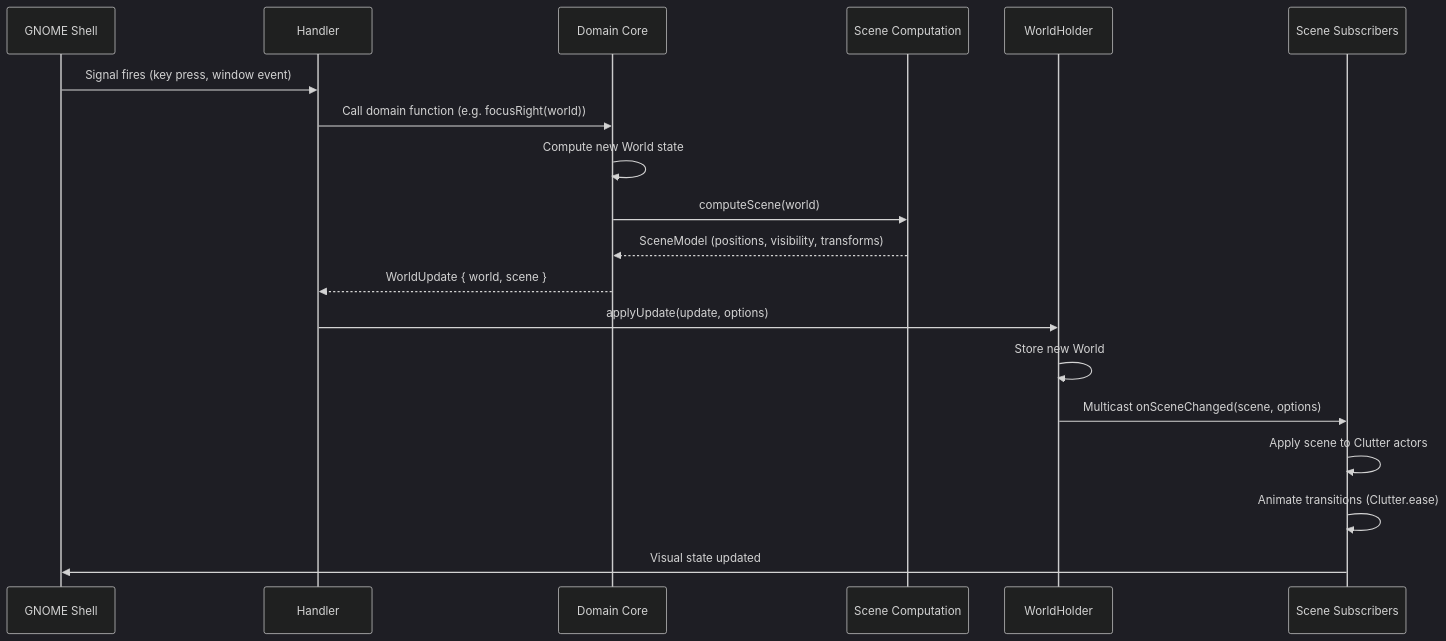
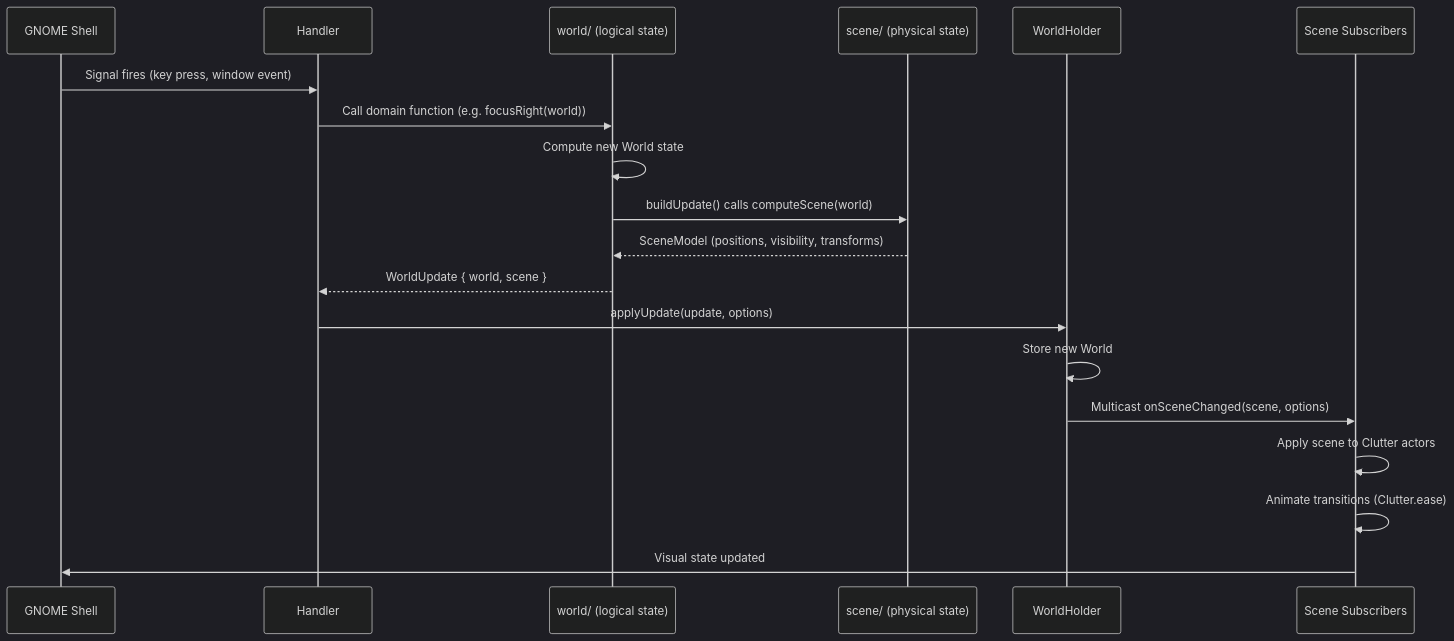
Before and after one commit to notiriel/kestrel: the second of 10 diagrams in docs/architecture.md, drawn with Mermaid (dark theme). The commit also changed other lines of this file and 92 other files, not shown here.

First line of the commit message:
Restructure domain into world/ and scene/ subdirectories

````diff
--- a/docs/architecture.md
+++ b/docs/architecture.md
@@ -244,22 +244,22 @@
 ```mermaid
 sequenceDiagram
     participant GNOME as GNOME Shell
     participant Handler as Handler
-    participant Domain as Domain Core
-    participant Scene as Scene Computation
+    participant World as world/ (logical state)
+    participant Scene as scene/ (physical state)
     participant WH as WorldHolder
     participant Subs as Scene Subscribers
 
     GNOME->>Handler: Signal fires (key press, window event)
-    Handler->>Domain: Call domain function (e.g. focusRight(world))
-    Domain->>Domain: Compute new World state
-    Domain->>Scene: computeScene(world)
-    Scene-->>Domain: SceneModel (positions, visibility, transforms)
-    Domain-->>Handler: WorldUpdate { world, scene }
+    Handler->>World: Call domain function (e.g. focusRight(world))
+    World->>World: Compute new World state
+    World->>Scene: buildUpdate() calls computeScene(world)
+    Scene-->>World: SceneModel (positions, visibility, transforms)
+    World-->>Handler: WorldUpdate { world, scene }
     Handler->>WH: applyUpdate(update, options)
     WH->>WH: Store new World
     WH->>Subs: Multicast onSceneChanged(scene, options)
     Subs->>Subs: Apply scene to Clutter actors
     Subs->>Subs: Animate transitions (Clutter.ease)
     Subs->>GNOME: Visual state updated
 ```
````
